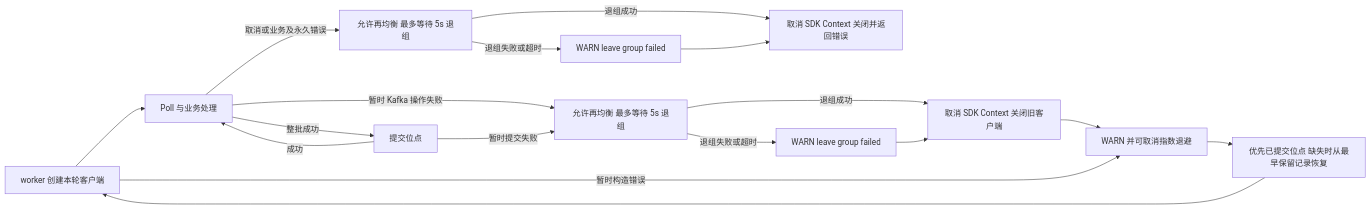
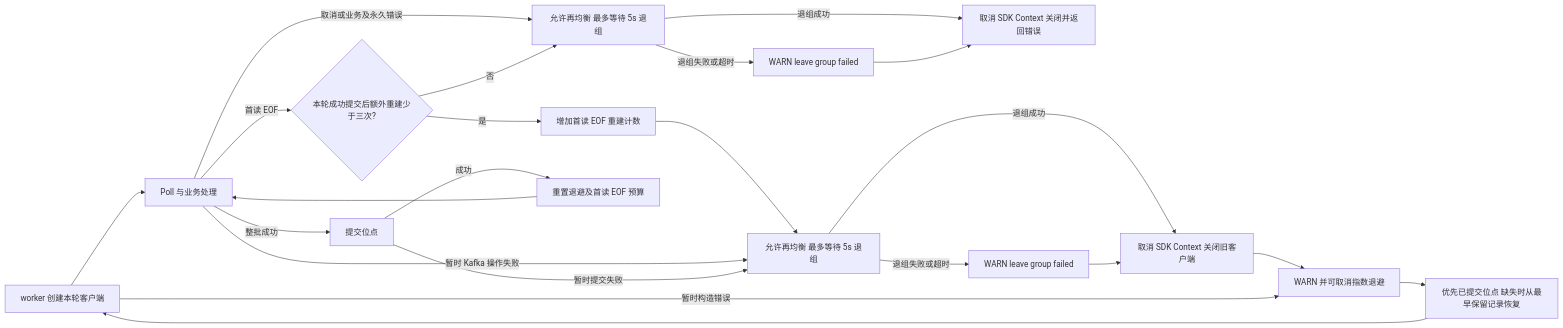
One commit to jaggerzhuang1994/kratos-foundation changed the diagram in contrib/queue/kafka/README.md. Above: the diagram before and after it, drawn with Mermaid. The commit also changed other lines of this file and 104 other files, not shown here.

````diff
--- a/contrib/queue/kafka/README.md
+++ b/contrib/queue/kafka/README.md
@@ -25,19 +27,24 @@
 ```mermaid
 flowchart LR
     A[worker 创建本轮客户端] --> B[Poll 与业务处理]
     B -- 整批成功 --> C[提交位点]
-    C -- 成功 --> B
     B -- 取消或业务及永久错误 --> D[允许再均衡 最多等待 5s 退组]
     D -- 退组失败或超时 --> H[WARN leave group failed]
     D -- 退组成功 --> I[取消 SDK Context 关闭并返回错误]
     H --> I
+    B -- 首读 EOF --> V{本轮成功提交后额外重建少于三次?}
+    V -- 是 --> W[增加首读 EOF 重建计数]
+    W --> E
+    V -- 否 --> D
+    C -- 成功 --> X[重置退避及首读 EOF 预算]
+    X --> B
     B -- 暂时 Kafka 操作失败 --> E[允许再均衡 最多等待 5s 退组]
     C -- 暂时提交失败 --> E
     E -- 退组失败或超时 --> J[WARN leave group failed]
     E -- 退组成功 --> K[取消 SDK Context 关闭旧客户端]
     J --> K
     K --> F[WARN 并可取消指数退避]
     F --> G[优先已提交位点 缺失时从最早保留记录恢复]
     G --> A
     A -- 暂时构造错误 --> F
 ```
````
